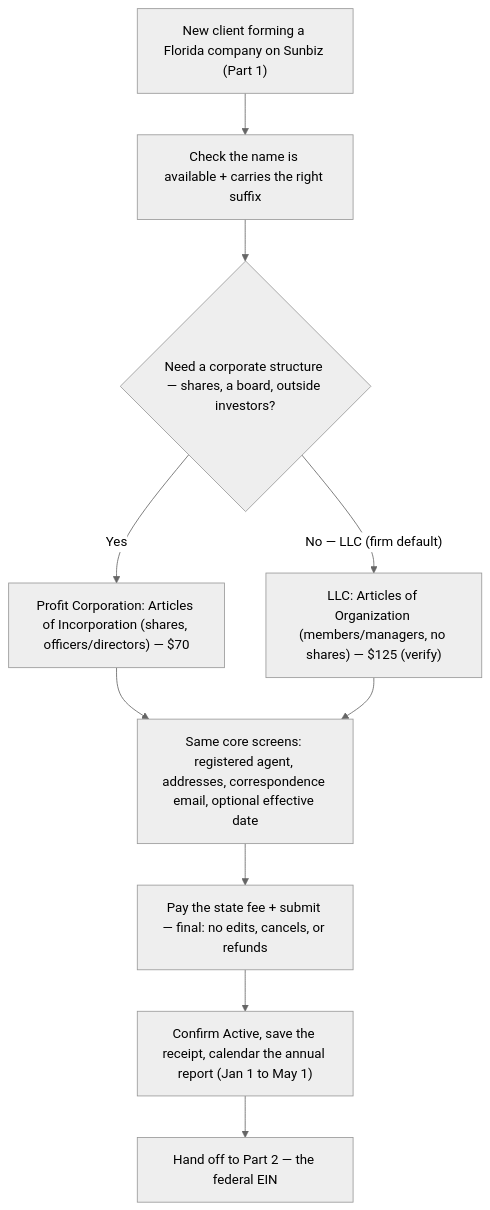
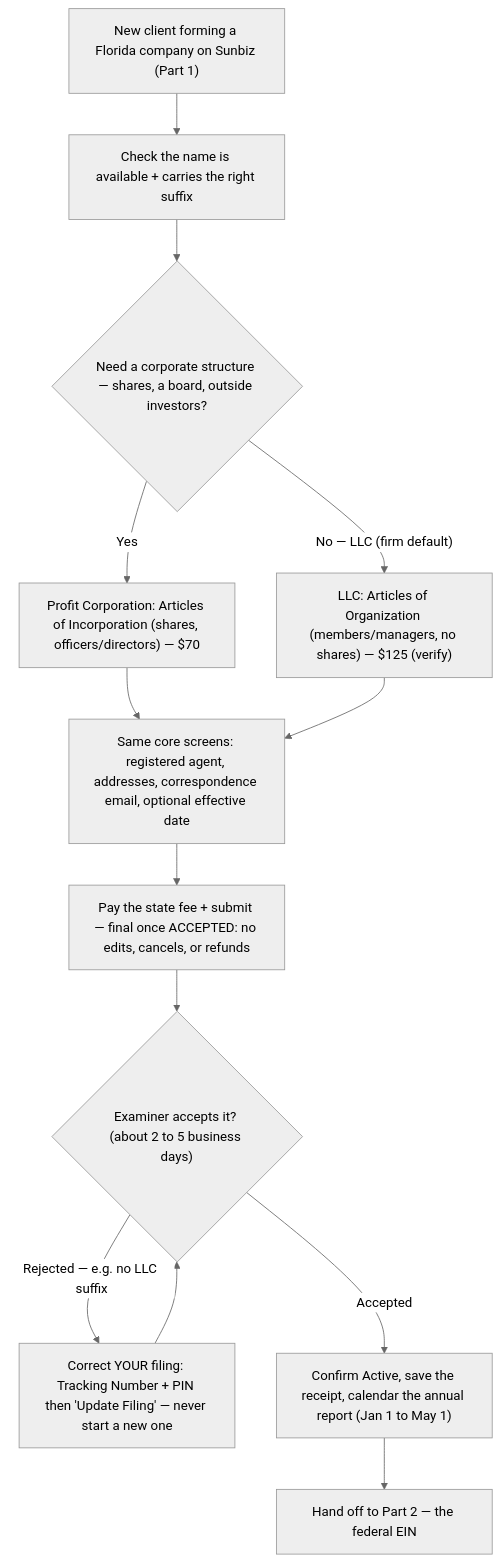
One commit to JuliaJKAcct/JKAccountingGroup changed the diagram in projects/sops/florida-company-formation-sunbiz.md. Above: the diagram before and after it, drawn with Mermaid (neutral theme). The commit also changed other lines of this file and 3 other files, not shown here.

````diff
--- a/projects/sops/florida-company-formation-sunbiz.md
+++ b/projects/sops/florida-company-formation-sunbiz.md
@@ -40,12 +49,15 @@
 ```mermaid
 flowchart TD
   A["New client forming a Florida company on Sunbiz (Part 1)"] --> B["Check the name is available + carries the right suffix"]
   B --> C{"Need a corporate structure — shares, a board, outside investors?"}
   C -- "Yes" --> D["Profit Corporation: Articles of Incorporation (shares, officers/directors) — $70"]
   C -- "No — LLC (firm default)" --> E["LLC: Articles of Organization (members/managers, no shares) — $125 (verify)"]
   D --> F["Same core screens: registered agent, addresses, correspondence email, optional effective date"]
   E --> F
-  F --> G["Pay the state fee + submit — final: no edits, cancels, or refunds"]
-  G --> H["Confirm Active, save the receipt, calendar the annual report (Jan 1 to May 1)"]
+  F --> G["Pay the state fee + submit — final once ACCEPTED: no edits, cancels, or refunds"]
+  G --> R{"Examiner accepts it? (about 2 to 5 business days)"}
+  R -- "Rejected — e.g. no LLC suffix" --> S["Correct YOUR filing: Tracking Number + PIN then 'Update Filing' — never start a new one"]
+  S --> R
+  R -- "Accepted" --> H["Confirm Active, save the receipt, calendar the annual report (Jan 1 to May 1)"]
   H --> I["Hand off to Part 2 — the federal EIN"]
 ```
````
